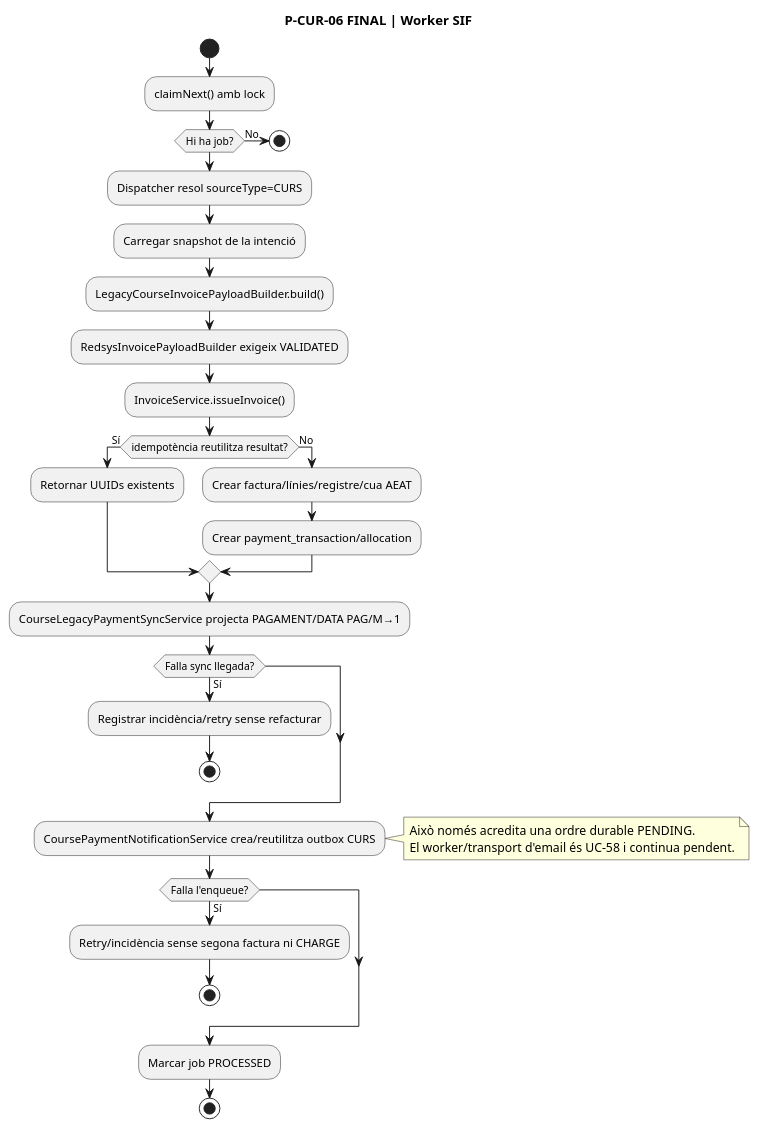
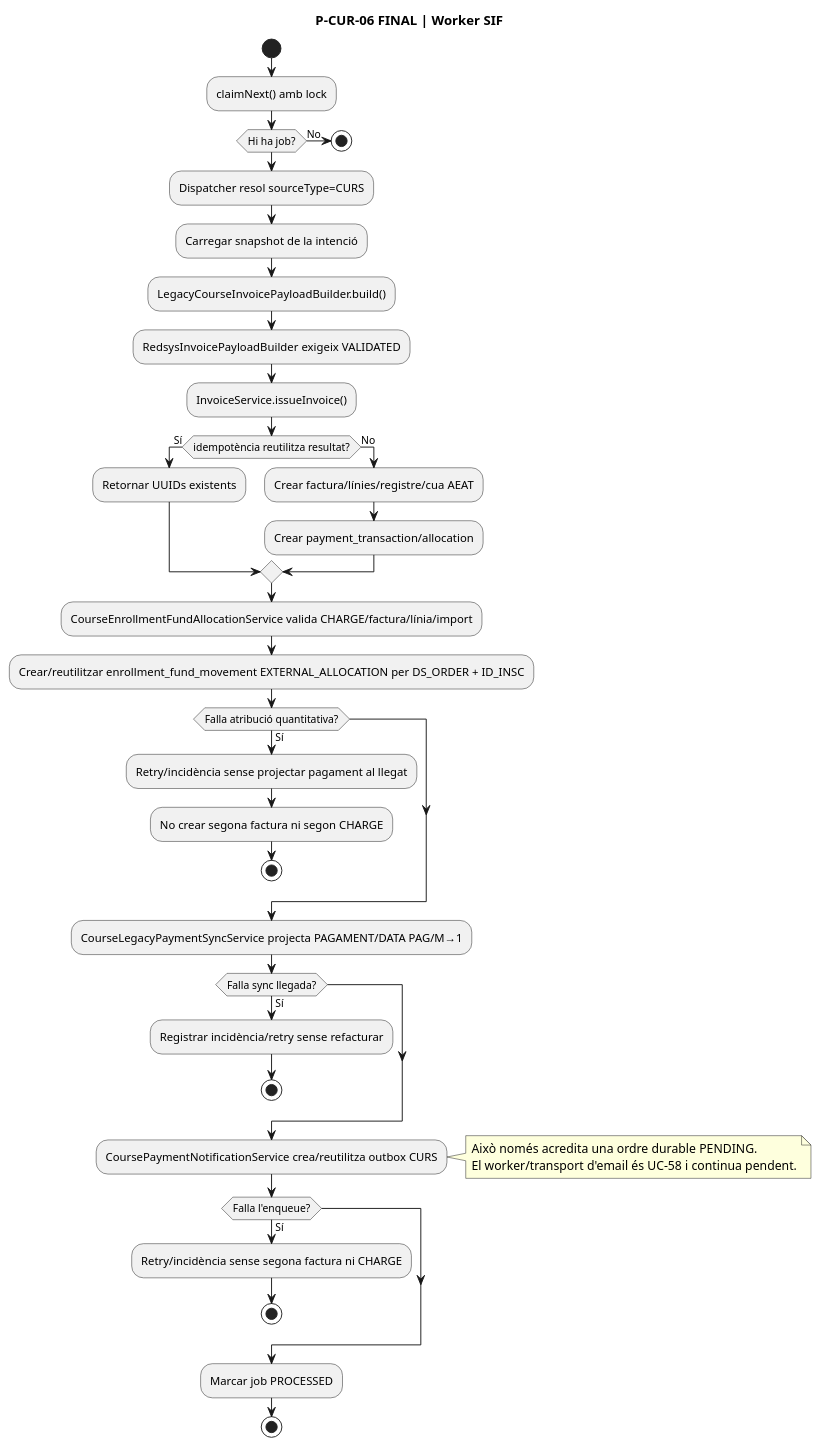
Diagram 11 of 14 in documentacio/07-uml-integrat/uc-014-activitats-pagines-redsys-actual-final.md (orgmeriemprismacat-del/verifactu), drawn with PlantUML before and after one commit. The commit also changed other lines of this file, not shown here.

Commit message:
docs(UC-014): incorpora fund allocation a activitats FINAL

````diff
--- a/documentacio/07-uml-integrat/uc-014-activitats-pagines-redsys-actual-final.md
+++ b/documentacio/07-uml-integrat/uc-014-activitats-pagines-redsys-actual-final.md
@@ -286,37 +286,44 @@
 ```plantuml
 @startuml
 title P-CUR-06 FINAL | Worker SIF
 start
 :claimNext() amb lock;
 if (Hi ha job?) then (No)
   stop
 endif
 :Dispatcher resol sourceType=CURS;
 :Carregar snapshot de la intenció;
 :LegacyCourseInvoicePayloadBuilder.build();
 :RedsysInvoicePayloadBuilder exigeix VALIDATED;
 :InvoiceService.issueInvoice();
 if (idempotència reutilitza resultat?) then (Sí)
   :Retornar UUIDs existents;
 else (No)
   :Crear factura/línies/registre/cua AEAT;
   :Crear payment_transaction/allocation;
 endif
+:CourseEnrollmentFundAllocationService valida CHARGE/factura/línia/import;
+:Crear/reutilitzar enrollment_fund_movement EXTERNAL_ALLOCATION per DS_ORDER + ID_INSC;
+if (Falla atribució quantitativa?) then (Sí)
+  :Retry/incidència sense projectar pagament al llegat;
+  :No crear segona factura ni segon CHARGE;
+  stop
+endif
 :CourseLegacyPaymentSyncService projecta PAGAMENT/DATA PAG/M→1;
 if (Falla sync llegada?) then (Sí)
   :Registrar incidència/retry sense refacturar;
   stop
 endif
 :CoursePaymentNotificationService crea/reutilitza outbox CURS;
 note right
   Això només acredita una ordre durable PENDING.
   El worker/transport d'email és UC-58 i continua pendent.
 end note
 if (Falla l'enqueue?) then (Sí)
   :Retry/incidència sense segona factura ni CHARGE;
   stop
 endif
 :Marcar job PROCESSED;
 stop
 @enduml
 ```
````
